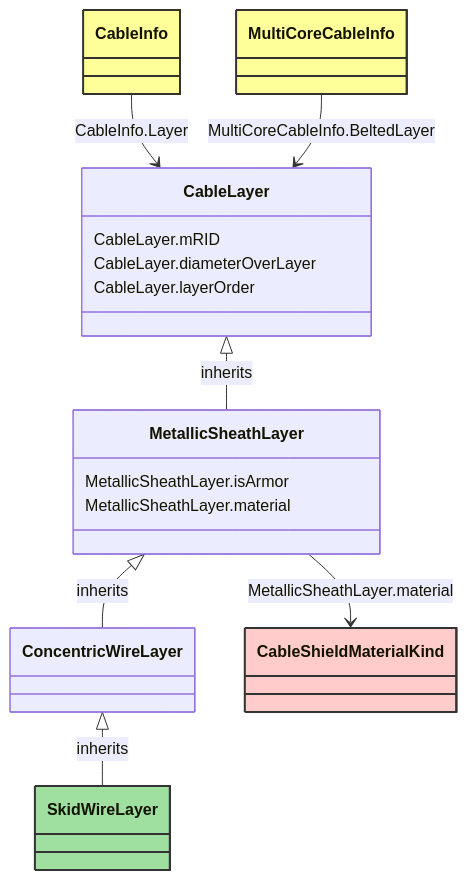
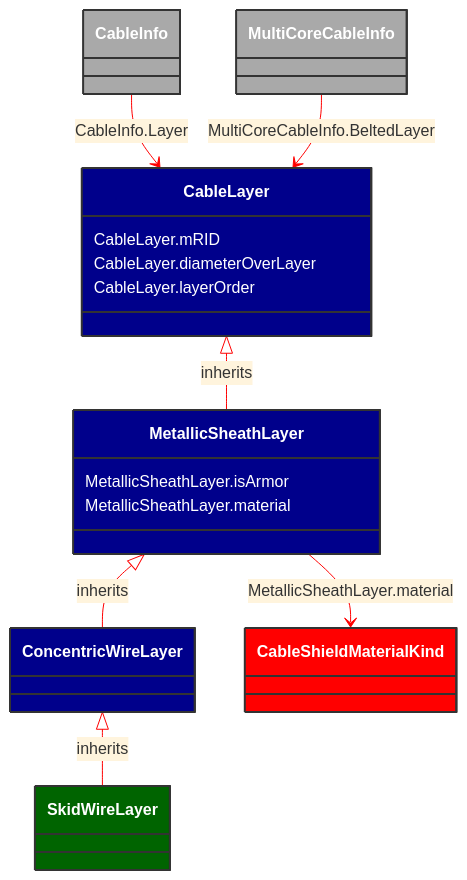
One commit to 3lbits/NoCIMExtensions changed the diagram in docs/Models/Profiles/SubseaCableInfo/ConcreteClasses/SkidWireLayer.md. Above: the diagram before and after it, drawn with Mermaid. The commit also changed 58 other files, not shown here.

````diff
--- a/docs/Models/Profiles/SubseaCableInfo/ConcreteClasses/SkidWireLayer.md
+++ b/docs/Models/Profiles/SubseaCableInfo/ConcreteClasses/SkidWireLayer.md
@@ -8,47 +8,48 @@
 ```mermaid
+%%{init: {'theme':'base','themeVariables': {'lineColor': '#FF0000'}}}%%
 classDiagram
     class SkidWireLayer
     click SkidWireLayer href "/Models/Profiles/SubseaCableInfo/ConcreteClasses/SkidWireLayer/"
-    style SkidWireLayer fill:#9fdf9f,stroke:#333,stroke-width:2px,rx:10,ry:10
+    style SkidWireLayer fill:#006400,stroke:#333,stroke-width:2px,rx:10,ry:10,color:white
 
         ConcentricWireLayer <|-- SkidWireLayer : inherits
             click ConcentricWireLayer href "/Models/Profiles/SubseaCableInfo/ConcreteClasses/ConcentricWireLayer/"
-            style ConcentricWireLayer rx:10,ry:10
+            style ConcentricWireLayer fill:#00008B,stroke:#333,stroke-width:2px,rx:10,ry:10,color:white
 
         SkidWireLayer
             click SkidWireLayer href "/Models/Profiles/SubseaCableInfo/ConcreteClasses/SkidWireLayer/"
-            style SkidWireLayer rx:10,ry:10
+            style ConcentricWireLayer fill:#00008B,stroke:#333,stroke-width:2px,rx:10,ry:10,color:white
 
         MetallicSheathLayer <|-- ConcentricWireLayer : inherits
             click MetallicSheathLayer href "/Models/Profiles/SubseaCableInfo/ConcreteClasses/MetallicSheathLayer/"
-            style MetallicSheathLayer rx:10,ry:10
+            style MetallicSheathLayer fill:#00008B,stroke:#333,stroke-width:2px,rx:10,ry:10,color:white
 
         CableLayer <|-- MetallicSheathLayer : inherits
             click CableLayer href "/Models/Profiles/SubseaCableInfo/AbstractClasses/CableLayer/"
-            style CableLayer rx:10,ry:10
+            style CableLayer fill:#00008B,stroke:#333,stroke-width:2px,rx:10,ry:10,color:white
 
 
         CableInfo --> CableLayer : CableInfo.Layer
 
         CableInfo
             click CableInfo href "/Models/Profiles/SubseaCableInfo/ConcreteClasses/CableInfo/"
-            style CableInfo fill:#ffff99,stroke:#333,stroke-width:2px,rx:10,ry:10
+            style CableInfo fill:#A9A9A9,stroke:#333,stroke-width:2px,rx:10,ry:10,color:white
 
         MultiCoreCableInfo --> CableLayer : MultiCoreCableInfo.BeltedLayer
 
         MultiCoreCableInfo
             click MultiCoreCableInfo href "/Models/Profiles/SubseaCableInfo/ConcreteClasses/MultiCoreCableInfo/"
-            style MultiCoreCableInfo fill:#ffff99,stroke:#333,stroke-width:2px,rx:10,ry:10
+            style MultiCoreCableInfo fill:#A9A9A9,stroke:#333,stroke-width:2px,rx:10,ry:10,color:white
 
         MetallicSheathLayer --> CableShieldMaterialKind : MetallicSheathLayer.material
 
         CableShieldMaterialKind
             click CableShieldMaterialKind href "/Models/Profiles/SubseaCableInfo/Enumerations/CableShieldMaterialKind/"
-            style CableShieldMaterialKind fill:#FFCCCB,stroke:#333,stroke-width:2px,rx:10,ry:10
+            style CableShieldMaterialKind fill:#FF0000,stroke:#333,stroke-width:2px,rx:10,ry:10,color:white
 
         MetallicSheathLayer : MetallicSheathLayer.isArmor
         MetallicSheathLayer : MetallicSheathLayer.material
         CableLayer : CableLayer.mRID
         CableLayer : CableLayer.diameterOverLayer
         CableLayer : CableLayer.layerOrder
 ```
````
